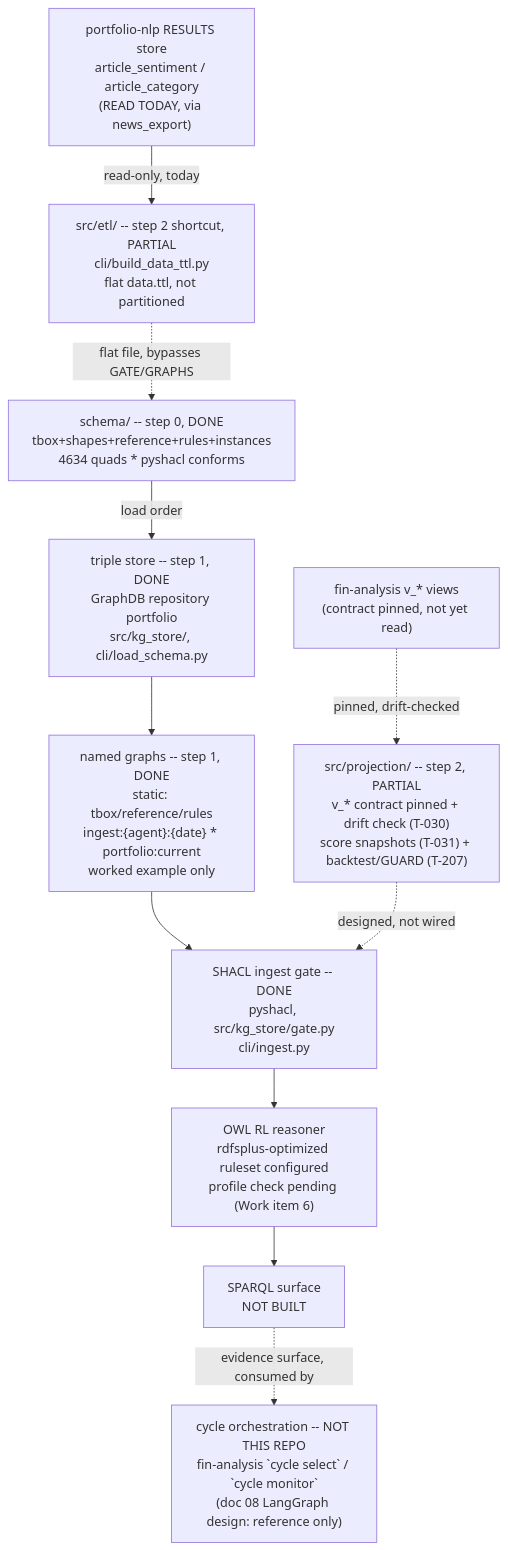
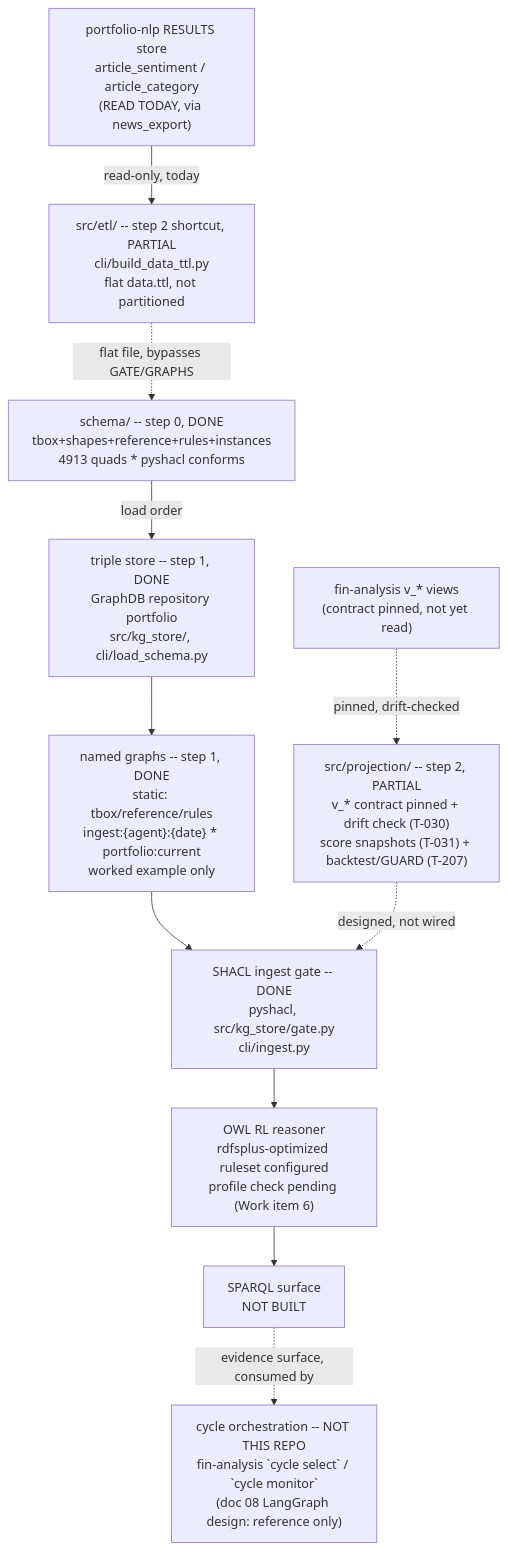
The diagram in .specify/memory/SPEC.md (gamug/portfolio-knowledge-graph), drawn with Mermaid before and after one commit. The commit also changed other lines of this file and 26 other files, not shown here.

````diff
--- a/.specify/memory/SPEC.md
+++ b/.specify/memory/SPEC.md
@@ -1016,22 +1017,22 @@
 ```mermaid
 flowchart TB
-    SCHEMA["schema/ -- step 0, DONE<br/>tbox+shapes+reference+rules+instances<br/>4634 quads * pyshacl conforms"]
+    SCHEMA["schema/ -- step 0, DONE<br/>tbox+shapes+reference+rules+instances<br/>4913 quads * pyshacl conforms"]
     STORE["triple store -- step 1, DONE<br/>GraphDB repository portfolio<br/>src/kg_store/, cli/load_schema.py"]
     GRAPHS["named graphs -- step 1, DONE<br/>static: tbox/reference/rules<br/>ingest:{agent}:{date} * portfolio:current<br/>worked example only"]
     GATE["SHACL ingest gate -- DONE<br/>pyshacl, src/kg_store/gate.py<br/>cli/ingest.py"]
     PROJ["src/projection/ -- step 2, PARTIAL<br/>v_* contract pinned + drift check (T-030)<br/>score snapshots (T-031) + backtest/GUARD (T-207)"]
     FIN["fin-analysis v_* views<br/>(contract pinned, not yet read)"]
     NLPRES["portfolio-nlp RESULTS store<br/>article_sentiment / article_category<br/>(READ TODAY, via news_export)"]
     ETL["src/etl/ -- step 2 shortcut, PARTIAL<br/>cli/build_data_ttl.py<br/>flat data.ttl, not partitioned"]
     REASON["OWL RL reasoner<br/>rdfsplus-optimized ruleset configured<br/>profile check pending (Work item 6)"]
     SPARQL["SPARQL surface<br/>NOT BUILT"]
     AGENTS["cycle orchestration -- NOT THIS REPO<br/>fin-analysis `cycle select` / `cycle monitor`<br/>(doc 08 LangGraph design: reference only)"]
 
     SCHEMA -->|load order| STORE --> GRAPHS --> GATE
     FIN -.->|pinned, drift-checked| PROJ
     PROJ -.->|designed, not wired| GATE
     NLPRES -->|read-only, today| ETL
     ETL -.->|flat file, bypasses GATE/GRAPHS| SCHEMA
     GATE --> REASON --> SPARQL
     SPARQL -.->|evidence surface, consumed by| AGENTS
 ```
````
